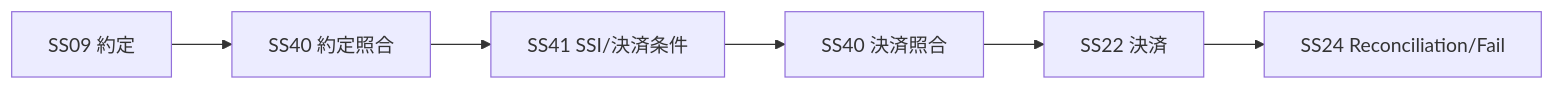
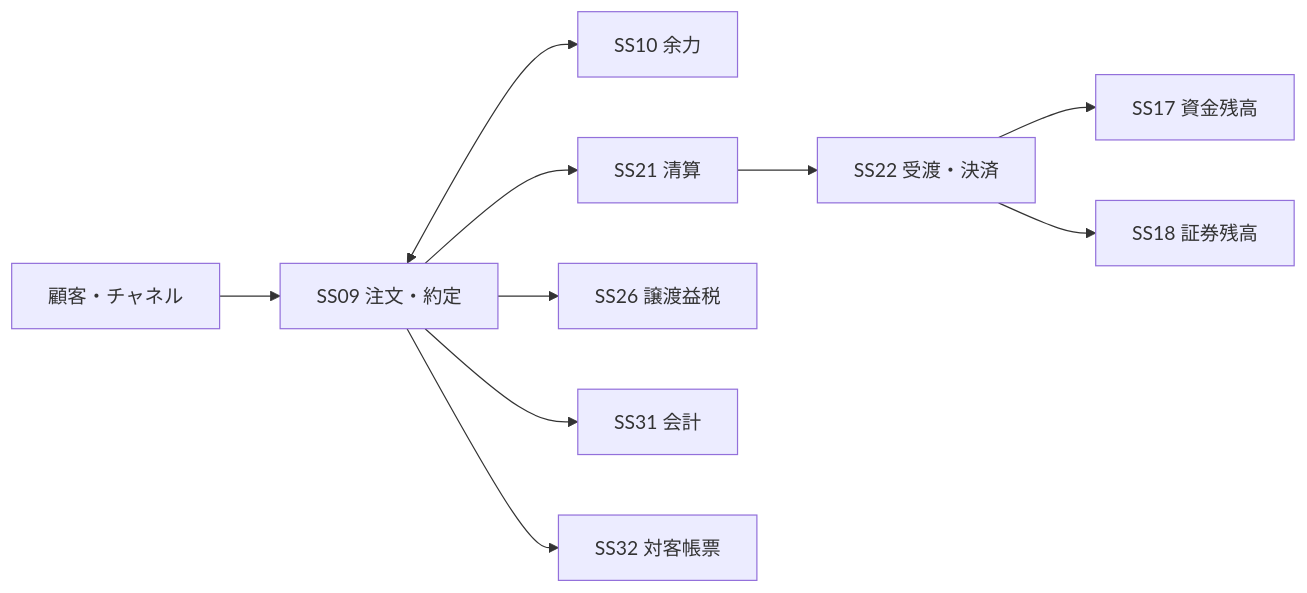
One commit to skyTreeCN/jp-securitie-skills changed the second of 2 diagrams in docs/10-設計文書/01-全体設計/全体設計書.md. Above: the diagram before and after it, drawn with Mermaid. The commit also changed other lines of this file, not shown here.

````diff
--- a/docs/10-設計文書/01-全体設計/全体設計書.md
+++ b/docs/10-設計文書/01-全体設計/全体設計書.md
@@ -275,8 +90,22 @@
 ```mermaid
 flowchart LR
-  T[SS09 約定] --> M1[SS40 約定照合]
-  M1 --> SSI[SS41 SSI/決済条件]
-  SSI --> M2[SS40 決済照合]
-  M2 --> S[SS22 決済]
-  S --> R[SS24 Reconciliation/Fail]
+  CH[顧客・チャネル]
+  O[SS09 注文・約定]
+  BP[SS10 余力]
+  CL[SS21 清算]
+  ST[SS22 受渡・決済]
+  CASH[SS17 資金残高]
+  SEC[SS18 証券残高]
+  TAX[SS26 譲渡益税]
+  ACC[SS31 会計]
+  REP[SS32 対客帳票]
+
+  CH --> O
+  O <--> BP
+  O --> CL --> ST
+  ST --> CASH
+  ST --> SEC
+  O --> TAX
+  O --> ACC
+  O --> REP
 ```
````
